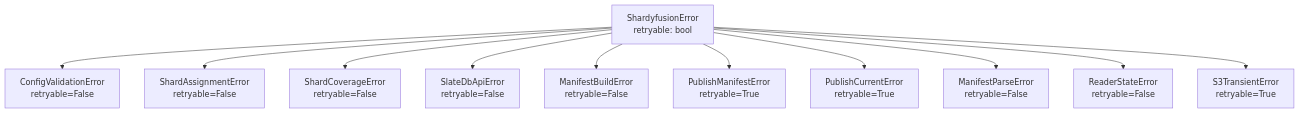
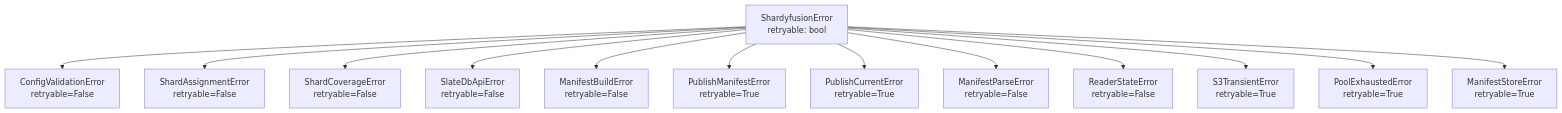
The diagram in docs/error-handling.md (elkin/shardyfusion), drawn with Mermaid before and after one commit. The commit also changed other lines of this file and 2 other files, not shown here.

First line of the commit message:
docs: add PoolExhaustedError and ManifestStoreError to error documentation

````diff
--- a/docs/error-handling.md
+++ b/docs/error-handling.md
@@ -7,15 +7,17 @@
 ```mermaid
 graph TD
     SE[ShardyfusionError<br/>retryable: bool]
 
     SE --> CVE[ConfigValidationError<br/>retryable=False]
     SE --> SAE[ShardAssignmentError<br/>retryable=False]
     SE --> SCE[ShardCoverageError<br/>retryable=False]
     SE --> SDAE[SlateDbApiError<br/>retryable=False]
     SE --> MBE[ManifestBuildError<br/>retryable=False]
     SE --> PME[PublishManifestError<br/>retryable=True]
     SE --> PCE[PublishCurrentError<br/>retryable=True]
     SE --> MPE[ManifestParseError<br/>retryable=False]
     SE --> RSE[ReaderStateError<br/>retryable=False]
     SE --> STE[S3TransientError<br/>retryable=True]
+    SE --> PEE[PoolExhaustedError<br/>retryable=True]
+    SE --> MSTE[ManifestStoreError<br/>retryable=True]
 ```
````
